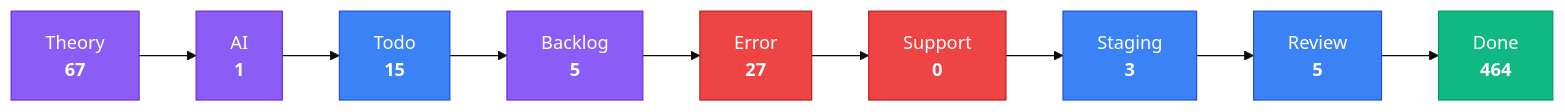
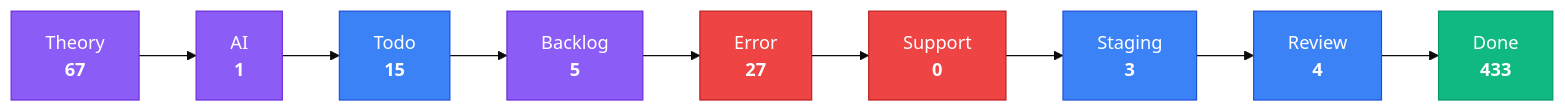
One commit to KBVE/kbve changed the third of 4 diagrams in apps/kbve/astro-kbve/src/content/docs/dashboard/kanban-data.mdx. Above: the diagram before and after it, drawn with Mermaid (base theme). The commit also changed other lines of this file and 8 other files, not shown here.

````diff
--- a/apps/kbve/astro-kbve/src/content/docs/dashboard/kanban-data.mdx
+++ b/apps/kbve/astro-kbve/src/content/docs/dashboard/kanban-data.mdx
@@ -80,28 +80,28 @@
 ```mermaid
 flowchart LR
     classDef planning fill:#8b5cf6,stroke:#6d28d9,color:#fff
     classDef active fill:#3b82f6,stroke:#1d4ed8,color:#fff
     classDef blocked fill:#ef4444,stroke:#b91c1c,color:#fff
     classDef done fill:#10b981,stroke:#059669,color:#fff
     Theory["Theory<br/><strong>67</strong>"]
     Theory --> AI
     AI["AI<br/><strong>1</strong>"]
     AI --> Todo
     Todo["Todo<br/><strong>15</strong>"]
     Todo --> Backlog
     Backlog["Backlog<br/><strong>5</strong>"]
     Backlog --> Error
     Error["Error<br/><strong>27</strong>"]
     Error --> Support
     Support["Support<br/><strong>0</strong>"]
     Support --> Staging
     Staging["Staging<br/><strong>3</strong>"]
     Staging --> Review
-    Review["Review<br/><strong>5</strong>"]
+    Review["Review<br/><strong>4</strong>"]
     Review --> Done
-    Done["Done<br/><strong>464</strong>"]
+    Done["Done<br/><strong>433</strong>"]
     class Theory,AI,Backlog planning
     class Todo,Staging,Review active
     class Error,Support blocked
     class Done done
 ```
````
